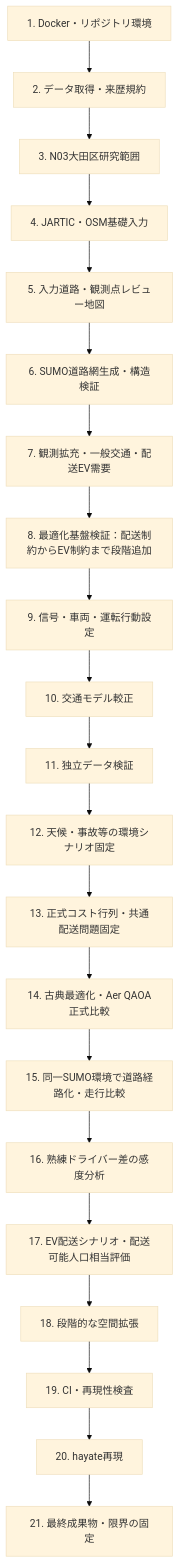
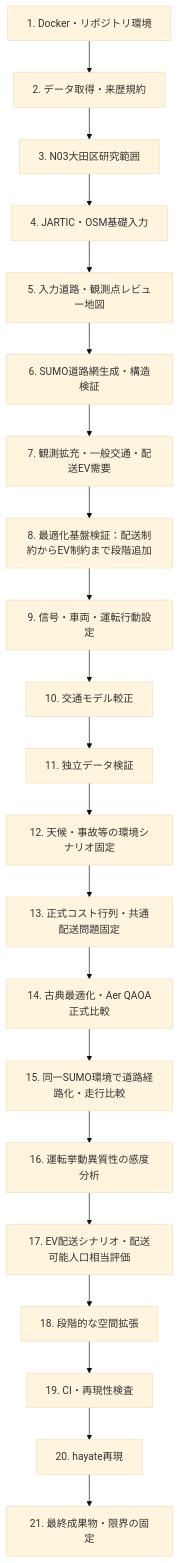
The diagram in 05_src/traffic_simulation/implementation_plan.md (tkm-sano/kmd-analysis), drawn with Mermaid (base theme) before and after one commit. The commit also changed other lines of this file and 1 other file, not shown here.

````diff
--- a/05_src/traffic_simulation/implementation_plan.md
+++ b/05_src/traffic_simulation/implementation_plan.md
@@ -9,28 +9,28 @@
 ```mermaid
 flowchart TD
     S01[1. Docker・リポジトリ環境]
     S02[2. データ取得・来歴規約]
     S03[3. N03大田区研究範囲]
     S04[4. JARTIC・OSM基礎入力]
     S05[5. 入力道路・観測点レビュー地図]
     S06[6. SUMO道路網生成・構造検証]
     S07[7. 観測拡充・一般交通・配送EV需要]
     S08[8. 最適化基盤検証：配送制約からEV制約まで段階追加]
     S09[9. 信号・車両・運転行動設定]
     S10[10. 交通モデル較正]
     S11[11. 独立データ検証]
     S12[12. 天候・事故等の環境シナリオ固定]
     S13[13. 正式コスト行列・共通配送問題固定]
     S14[14. 古典最適化・Aer QAOA正式比較]
     S15[15. 同一SUMO環境で道路経路化・走行比較]
-    S16[16. 熟練ドライバー差の感度分析]
+    S16[16. 運転挙動異質性の感度分析]
     S17[17. EV配送シナリオ・配送可能人口相当評価]
     S18[18. 段階的な空間拡張]
     S19[19. CI・再現性検査]
     S20[20. hayate再現]
     S21[21. 最終成果物・限界の固定]
 
     S01 --> S02 --> S03 --> S04 --> S05 --> S06 --> S07
     S07 --> S08 --> S09 --> S10 --> S11 --> S12 --> S13 --> S14
     S14 --> S15 --> S16 --> S17 --> S18 --> S19 --> S20 --> S21
 ```
````
